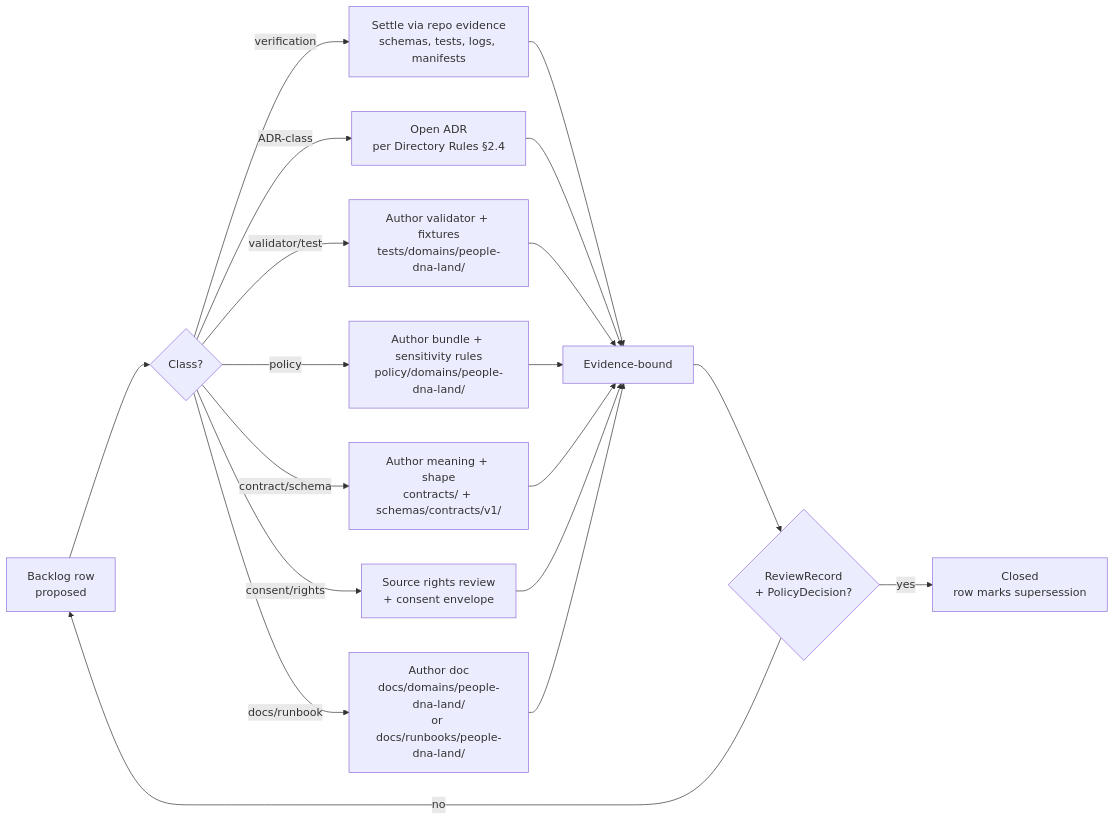
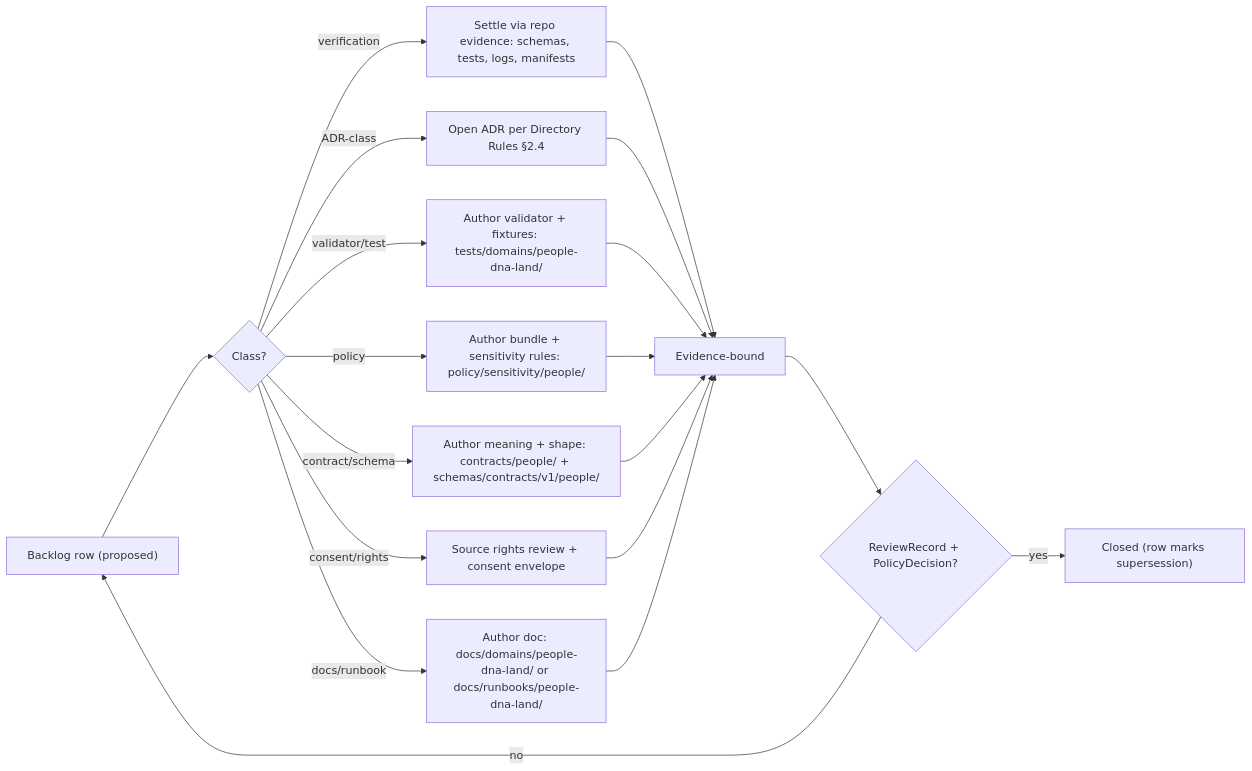
The first of 2 diagrams in docs/domains/people-dna-land/EXPANSION_BACKLOG.md (bartytime4life/Kansas-Frontier-Matrix), drawn with Mermaid before and after one commit. The commit also changed other lines of this file, not shown here.

````diff
--- a/docs/domains/people-dna-land/EXPANSION_BACKLOG.md
+++ b/docs/domains/people-dna-land/EXPANSION_BACKLOG.md
@@ -142,21 +160,21 @@
 ```mermaid
 flowchart LR
-  A[Backlog row<br/>proposed] --> B{Class?}
-  B -->|verification| V[Settle via repo evidence<br/>schemas, tests, logs, manifests]
-  B -->|ADR-class| D[Open ADR<br/>per Directory Rules §2.4]
-  B -->|validator/test| T[Author validator + fixtures<br/>tests/domains/people-dna-land/]
-  B -->|policy| P[Author bundle + sensitivity rules<br/>policy/domains/people-dna-land/]
-  B -->|contract/schema| S[Author meaning + shape<br/>contracts/ + schemas/contracts/v1/]
-  B -->|consent/rights| C[Source rights review<br/>+ consent envelope]
-  B -->|docs/runbook| R[Author doc<br/>docs/domains/people-dna-land/<br/>or docs/runbooks/people-dna-land/]
+  A["Backlog row (proposed)"] --> B{Class?}
+  B -->|verification| V["Settle via repo evidence: schemas, tests, logs, manifests"]
+  B -->|ADR-class| D["Open ADR per Directory Rules §2.4"]
+  B -->|validator/test| T["Author validator + fixtures: tests/domains/people-dna-land/"]
+  B -->|policy| P["Author bundle + sensitivity rules: policy/sensitivity/people/"]
+  B -->|contract/schema| S["Author meaning + shape: contracts/people/ + schemas/contracts/v1/people/"]
+  B -->|consent/rights| C["Source rights review + consent envelope"]
+  B -->|docs/runbook| R["Author doc: docs/domains/people-dna-land/ or docs/runbooks/people-dna-land/"]
   V --> X[Evidence-bound]
   D --> X
   T --> X
   P --> X
   S --> X
   C --> X
   R --> X
-  X --> Y{ReviewRecord<br/>+ PolicyDecision?}
-  Y -->|yes| Z[Closed<br/>row marks supersession]
+  X --> Y{ReviewRecord + PolicyDecision?}
+  Y -->|yes| Z["Closed (row marks supersession)"]
   Y -->|no| A
 ```
````
